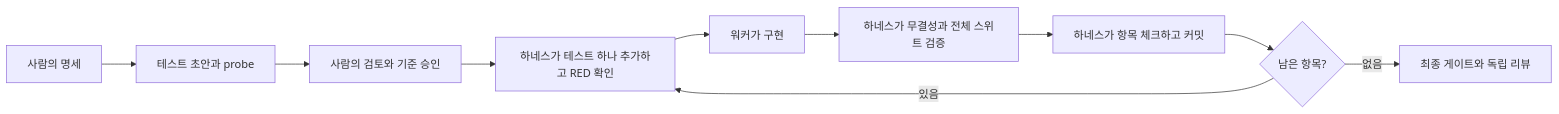
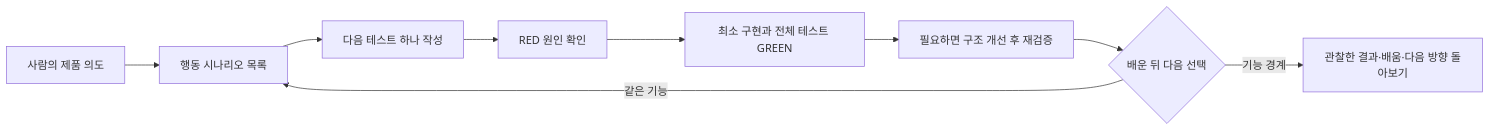
The diagram in README.ko.md (team-poem/sobaya), drawn with Mermaid before and after one commit. The commit also changed other lines of this file and 49 other files, not shown here.

````diff
--- a/README.ko.md
+++ b/README.ko.md
@@ -35,12 +28,11 @@
 ```mermaid
 flowchart LR
-    S[사람의 명세] --> D[테스트 초안과 probe]
-    D --> A[사람의 검토와 기준 승인]
-    A --> R[하네스가 테스트 하나 추가하고 RED 확인]
-    R --> W[워커가 구현]
-    W --> V[하네스가 무결성과 전체 스위트 검증]
-    V --> C[하네스가 항목 체크하고 커밋]
-    C --> N{남은 항목?}
-    N -- 있음 --> R
-    N -- 없음 --> G[최종 게이트와 독립 리뷰]
+    S[사람의 제품 의도] --> L[행동 시나리오 목록]
+    L --> T[다음 테스트 하나 작성]
+    T --> R[RED 원인 확인]
+    R --> G[최소 구현과 전체 테스트 GREEN]
+    G --> F[필요하면 구조 개선 후 재검증]
+    F --> C{배운 뒤 다음 선택}
+    C -- 같은 기능 --> L
+    C -- 기능 경계 --> P[관찰한 결과·배움·다음 방향 돌아보기]
 ```
````
